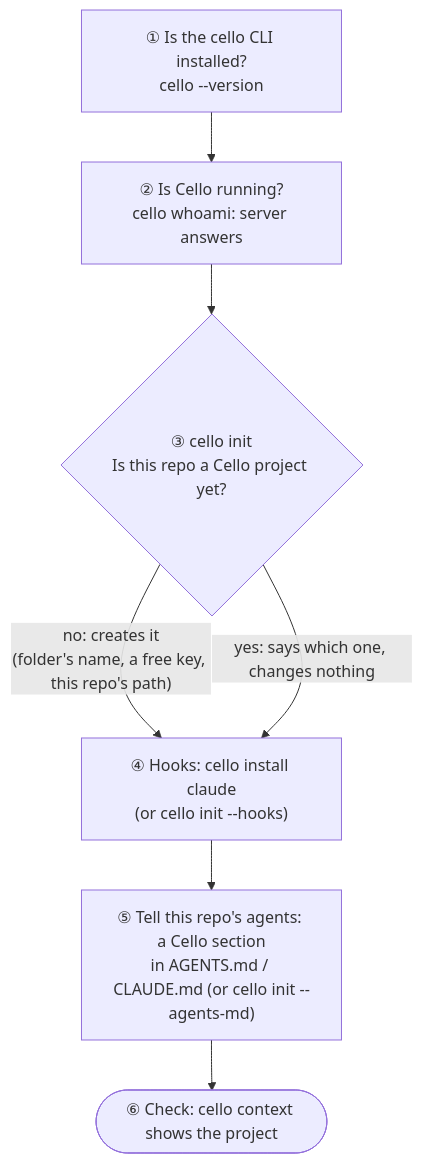
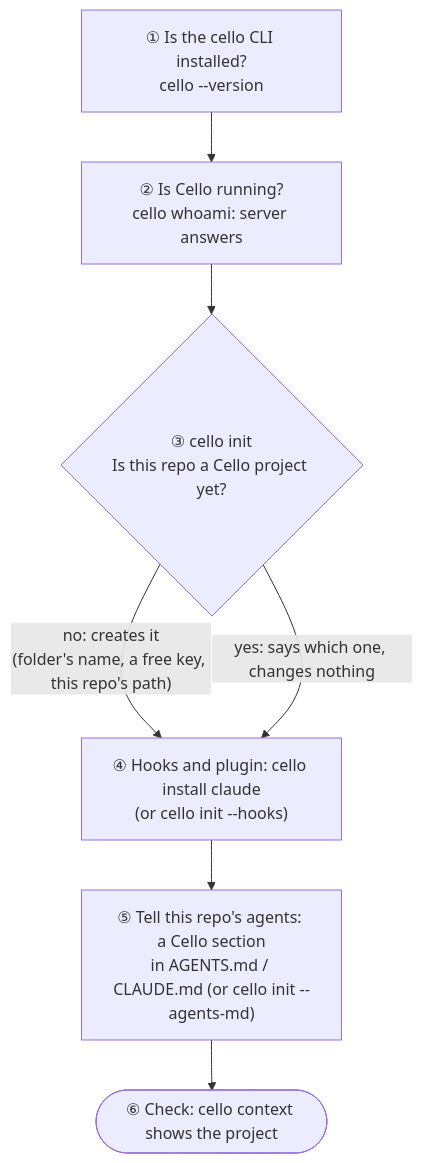
The first of 2 diagrams in docs/cli.md (lnmunhoz/cello), drawn with Mermaid before and after one commit. The commit also changed other lines of this file and 22 other files, not shown here.

````diff
--- a/docs/cli.md
+++ b/docs/cli.md
@@ -11,9 +11,9 @@
 ```mermaid
 flowchart TD
     A["① Is the cello CLI installed?<br/>cello --version"] --> B["② Is Cello running?<br/>cello whoami: server answers"]
     B --> C{"③ cello init<br/>Is this repo a Cello project yet?"}
     C -->|"no: creates it<br/>(folder's name, a free key, this repo's path)"| E
     C -->|"yes: says which one, changes nothing"| E
-    E["④ Hooks: cello install claude<br/>(or cello init --hooks)"] --> F["⑤ Tell this repo's agents: a Cello section<br/>in AGENTS.md / CLAUDE.md (or cello init --agents-md)"]
+    E["④ Hooks and plugin: cello install claude<br/>(or cello init --hooks)"] --> F["⑤ Tell this repo's agents: a Cello section<br/>in AGENTS.md / CLAUDE.md (or cello init --agents-md)"]
     F --> G(["⑥ Check: cello context shows the project"])
 ```
````
